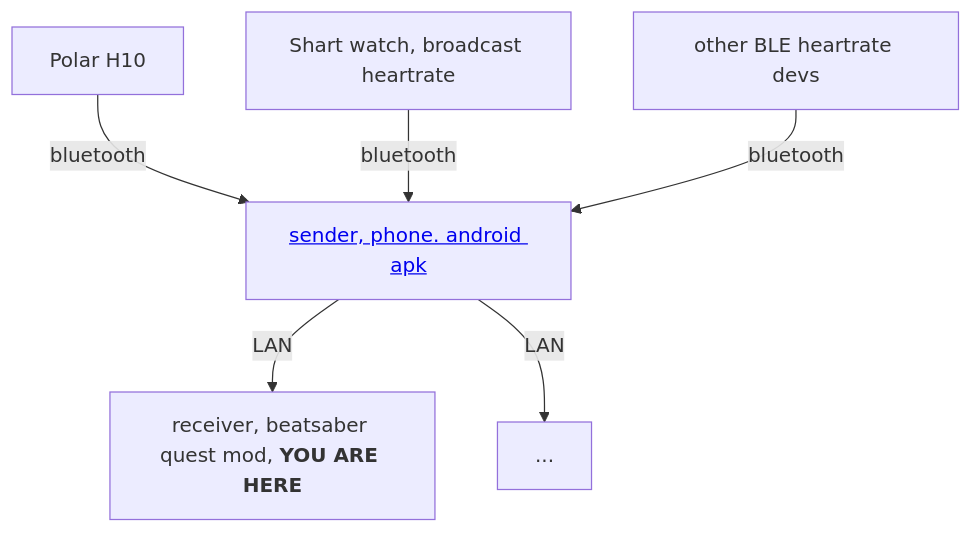
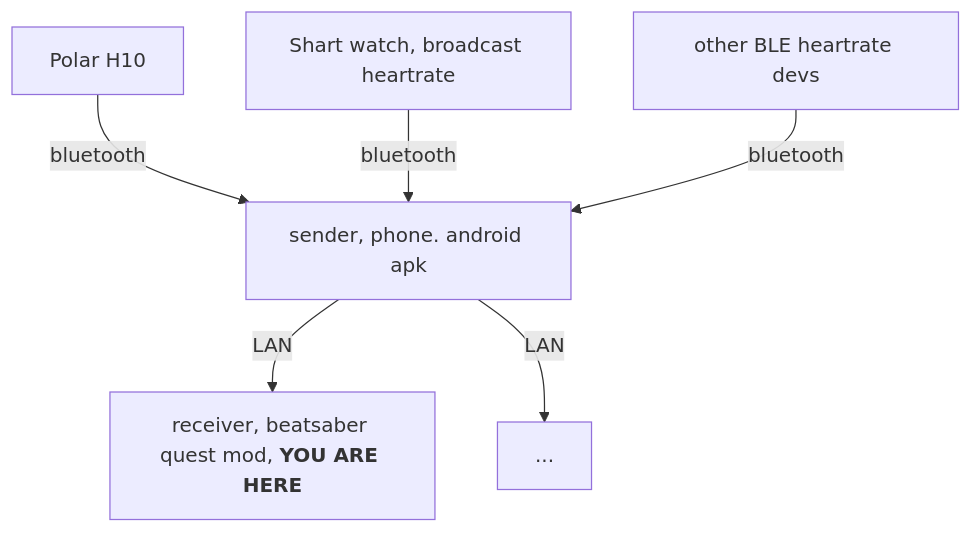
Before and after one commit to frto027/HeartBeatLanClientBSQuest: the diagram in README.md, drawn with Mermaid. The commit also changed 1 other file, not shown here.

````diff
--- a/README.md
+++ b/README.md
@@ -12,14 +12,14 @@
 ```mermaid
 graph TD;
     POLAR_H10[Polar H10]
     SMART_WATCH[Shart watch, broadcast heartrate]
     BLE_DEV[other BLE heartrate devs]
-    PHONE[<a href="https://github.com/frto027/HeartbeatLanServer">sender, phone. android apk</a>]
+    PHONE[sender, phone. android apk]
     BEATSABER[receiver, beatsaber quest mod, <b>YOU ARE HERE</b>]
 
     POLAR_H10--bluetooth-->PHONE;
     SMART_WATCH--bluetooth-->PHONE;
     BLE_DEV--bluetooth-->PHONE;
     PHONE--LAN-->BEATSABER;
     PHONE--LAN-->...;
 ```
````
